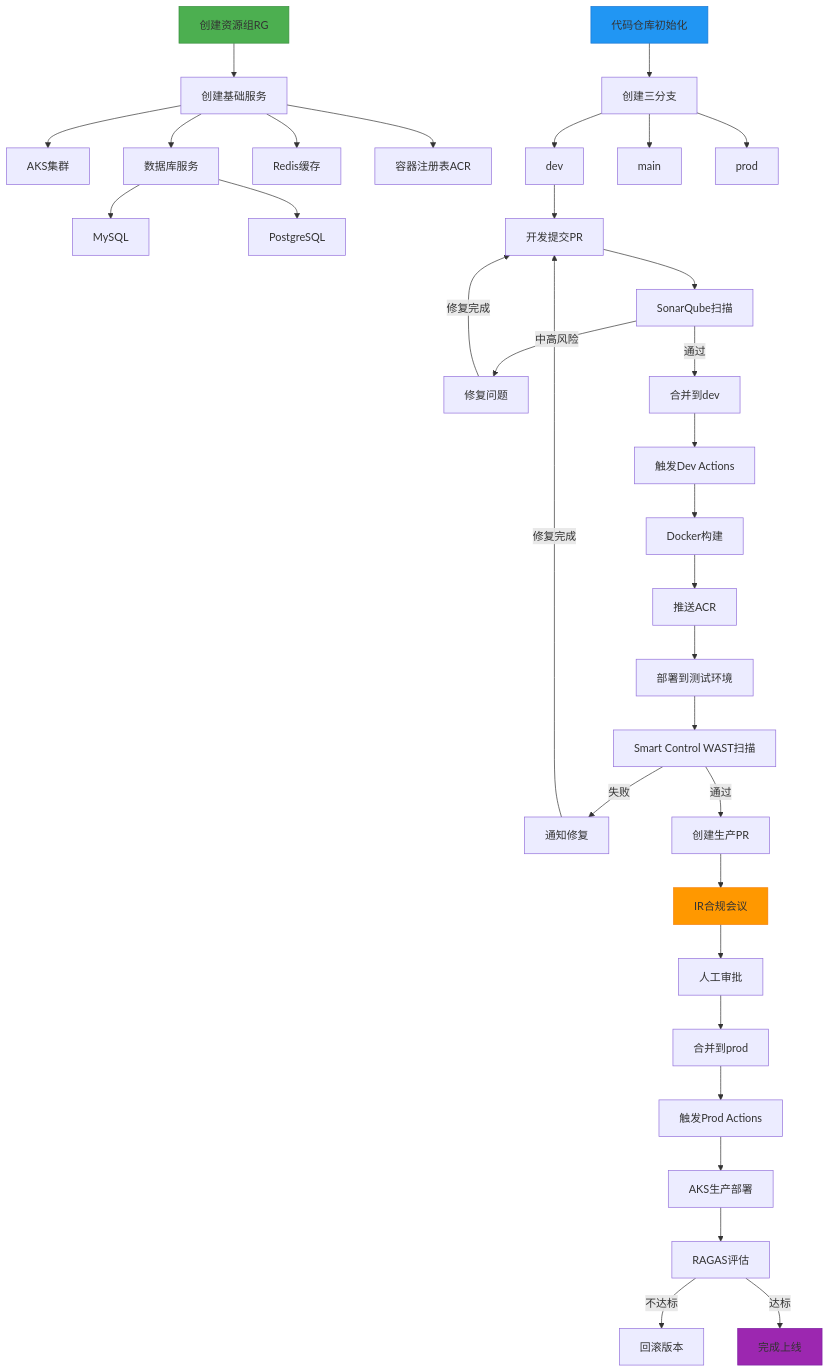
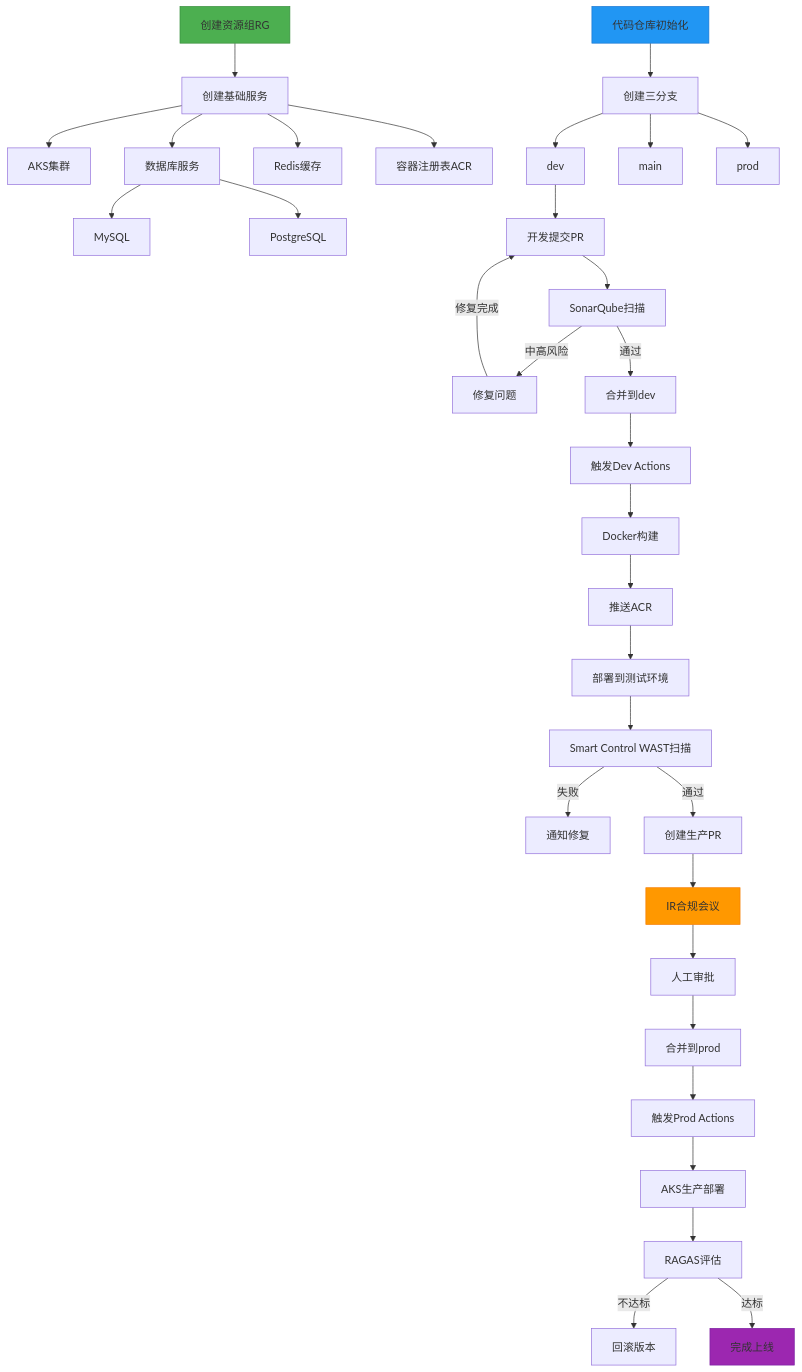
Before and after one commit to funnyData/iodraw-files: the diagram in all/未命名-1.md, drawn with Mermaid.

Commit message:
2025-02-27 01:22:51 update

````diff
--- a/all/未命名-1.md
+++ b/all/未命名-1.md
@@ -1,51 +1,51 @@
 ```mermaid
 graph TD
     A[创建资源组RG] --> B[创建基础服务]
     B --> C[AKS集群]
     B --> D[数据库服务]
     D --> DA[MySQL]
     D --> DB[PostgreSQL]
     B --> E[Redis缓存]
     B --> F[容器注册表ACR]
     
     G[代码仓库初始化] --> H[创建三分支]
     H --> I[dev]
     H --> J[main]
     H --> K[prod]
     
     I --> L[开发提交PR]
     L --> M[SonarQube扫描]
     M -->|中高风险| N[修复问题]
     N -->|修复完成|L
     M -->|通过| O[合并到dev]
     
     O --> P[触发Dev Actions]
     P --> Q[Docker构建]
     Q --> R[推送ACR]
     R --> S[部署到测试环境]
     
     S --> T[Smart Control WAST扫描]
     T -->|失败| U[通知修复]
-    U --> |修复完成|L
+
     
     T -->|通过| V[创建生产PR]
     
     V --> W[IR合规会议]
     W --> X[人工审批]
     X --> Y[合并到prod]
     
     Y --> Z[触发Prod Actions]
     Z --> AC[AKS生产部署]
     %% Z --> AA[安全扫描]
     %% AA -->|高风险| AB[终止部署]
     %% AA -->|通过| AC[AKS生产部署]
     
     AC --> AD[RAGAS评估]
     AD -->|不达标| AE[回滚版本]
     AD -->|达标| AF[完成上线]
     
     style A fill:#4CAF50,stroke:#388E3C
     style G fill:#2196F3,stroke:#1976D2
     style W fill:#FF9800,stroke:#F57C00
     style AF fill:#9C27B0,stroke:#7B1FA2
 ```
````
